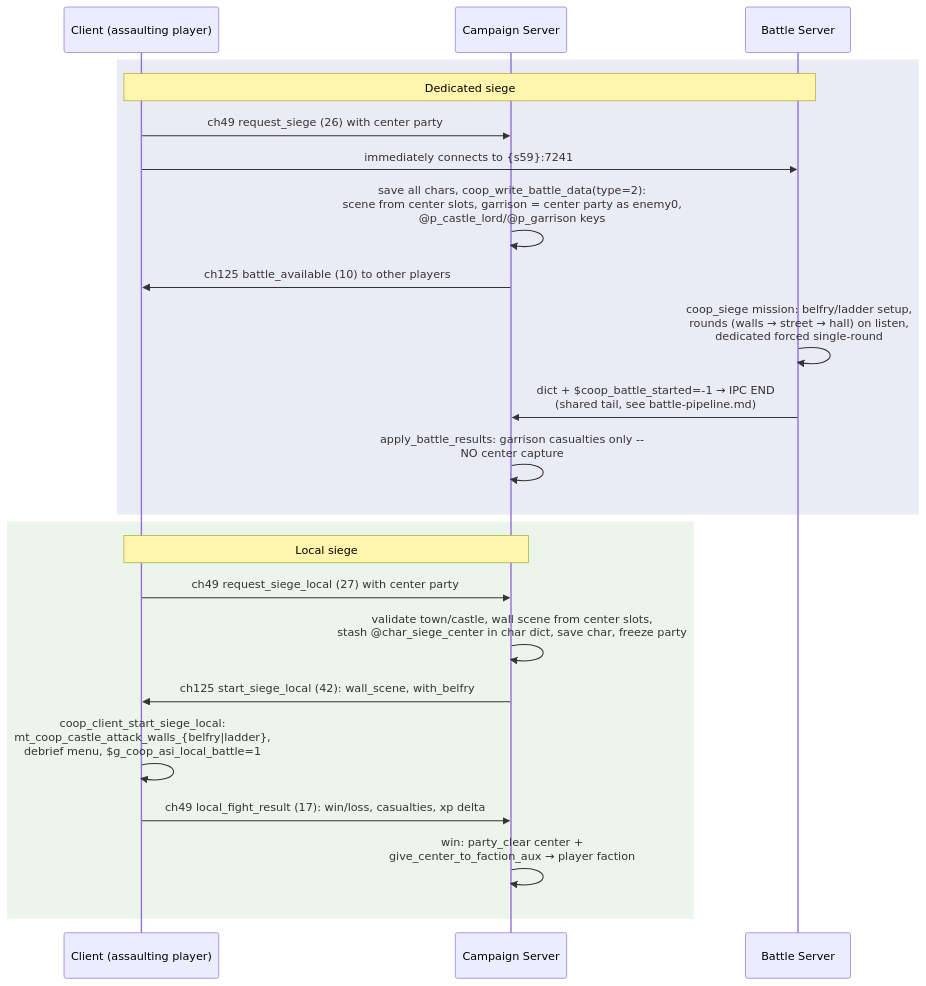
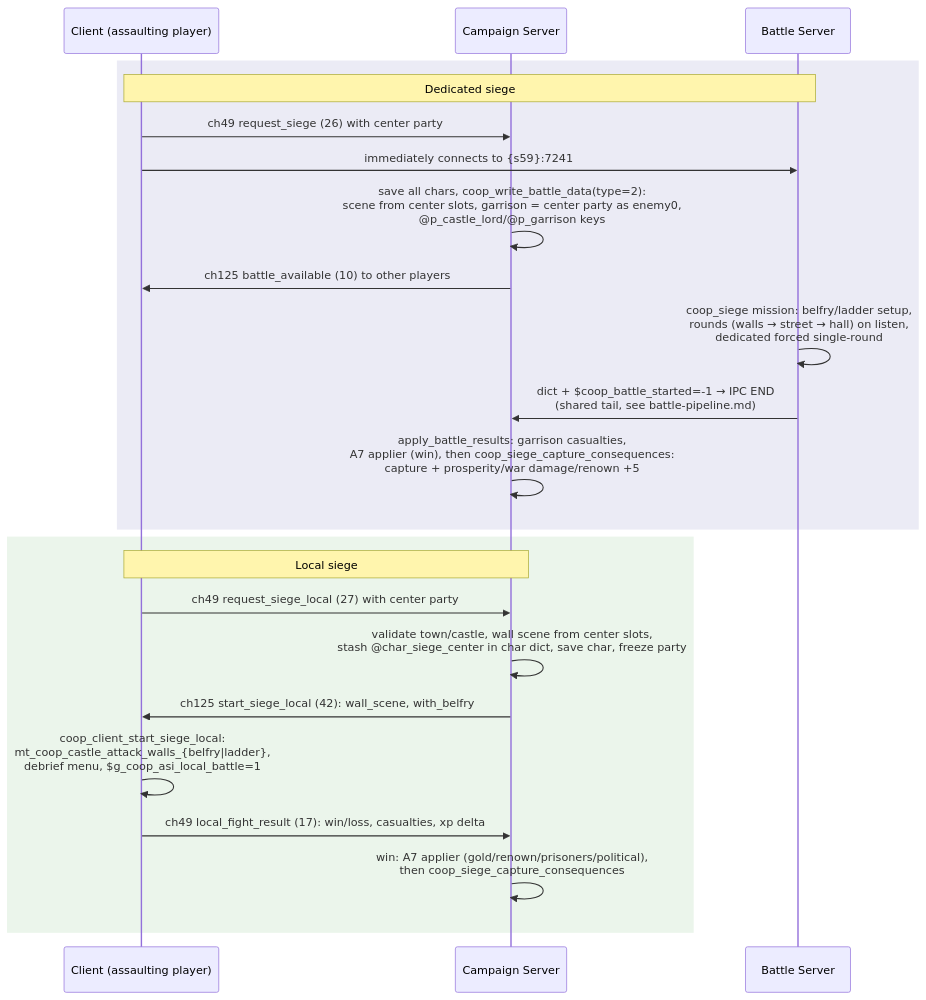
The diagram in docs/flows/siege.md (Night1099/WarbandTogether), drawn with Mermaid before and after one commit. The commit also changed other lines of this file and 16 other files, not shown here.

````diff
--- a/docs/flows/siege.md
+++ b/docs/flows/siege.md
@@ -22,27 +23,27 @@
 ```mermaid
 sequenceDiagram
     participant C as Client (assaulting player)
     participant CS as Campaign Server
     participant BS as Battle Server
 
     rect rgb(235,235,245)
     note over C,BS: Dedicated siege
     C->>CS: ch49 request_siege (26) with center party
     C->>BS: immediately connects to {s59}:7241
     CS->>CS: save all chars, coop_write_battle_data(type=2):<br/>scene from center slots, garrison = center party as enemy0,<br/>@p_castle_lord/@p_garrison keys
     CS->>C: ch125 battle_available (10) to other players
     BS->>BS: coop_siege mission: belfry/ladder setup,<br/>rounds (walls → street → hall) on listen,<br/>dedicated forced single-round
     BS->>CS: dict + $coop_battle_started=-1 → IPC END<br/>(shared tail, see battle-pipeline.md)
-    CS->>CS: apply_battle_results: garrison casualties only --<br/>NO center capture
+    CS->>CS: apply_battle_results: garrison casualties,<br/>A7 applier (win), then coop_siege_capture_consequences:<br/>capture + prosperity/war damage/renown +5
     end
 
     rect rgb(235,245,235)
     note over C,CS: Local siege
     C->>CS: ch49 request_siege_local (27) with center party
     CS->>CS: validate town/castle, wall scene from center slots,<br/>stash @char_siege_center in char dict, save char, freeze party
     CS->>C: ch125 start_siege_local (42): wall_scene, with_belfry
     C->>C: coop_client_start_siege_local:<br/>mt_coop_castle_attack_walls_{belfry|ladder},<br/>debrief menu, $g_coop_asi_local_battle=1
     C->>CS: ch49 local_fight_result (17): win/loss, casualties, xp delta
-    CS->>CS: win: party_clear center +<br/>give_center_to_faction_aux → player faction
+    CS->>CS: win: A7 applier (gold/renown/prisoners/political),<br/>then coop_siege_capture_consequences
     end
 ```
````
